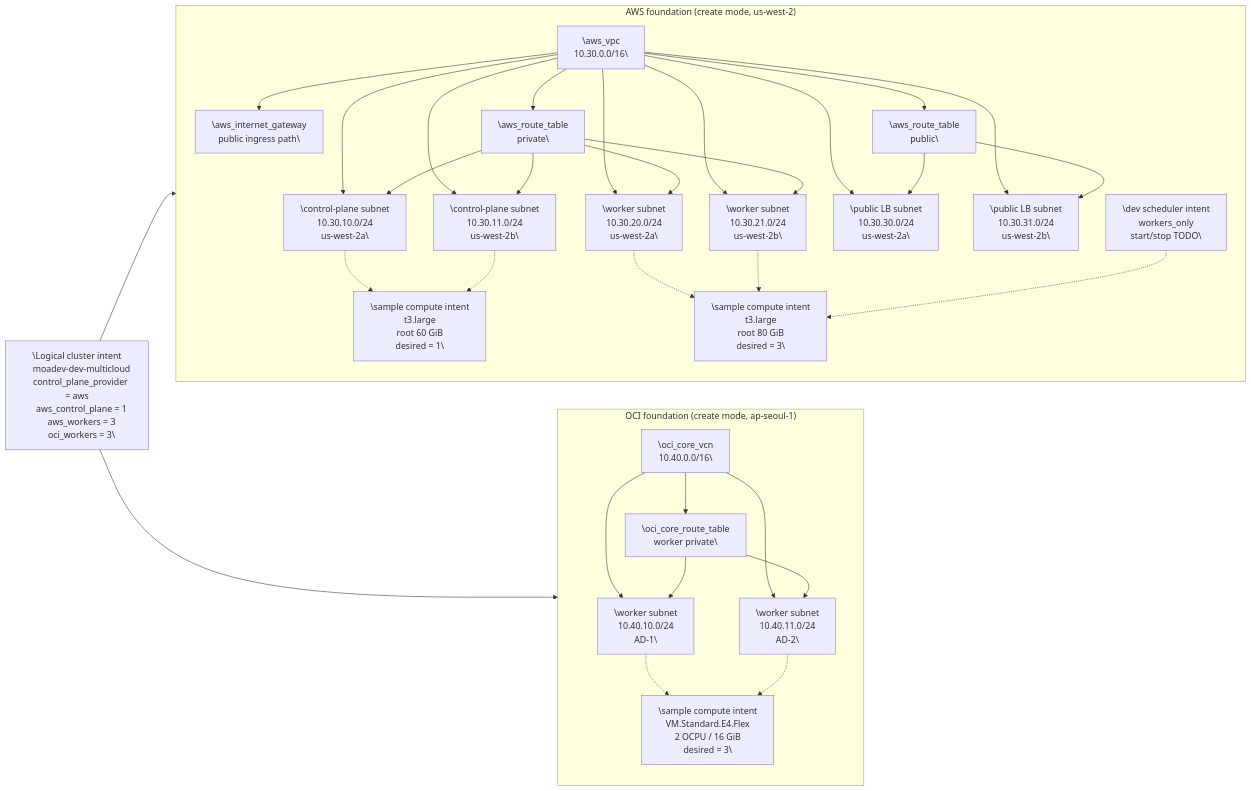
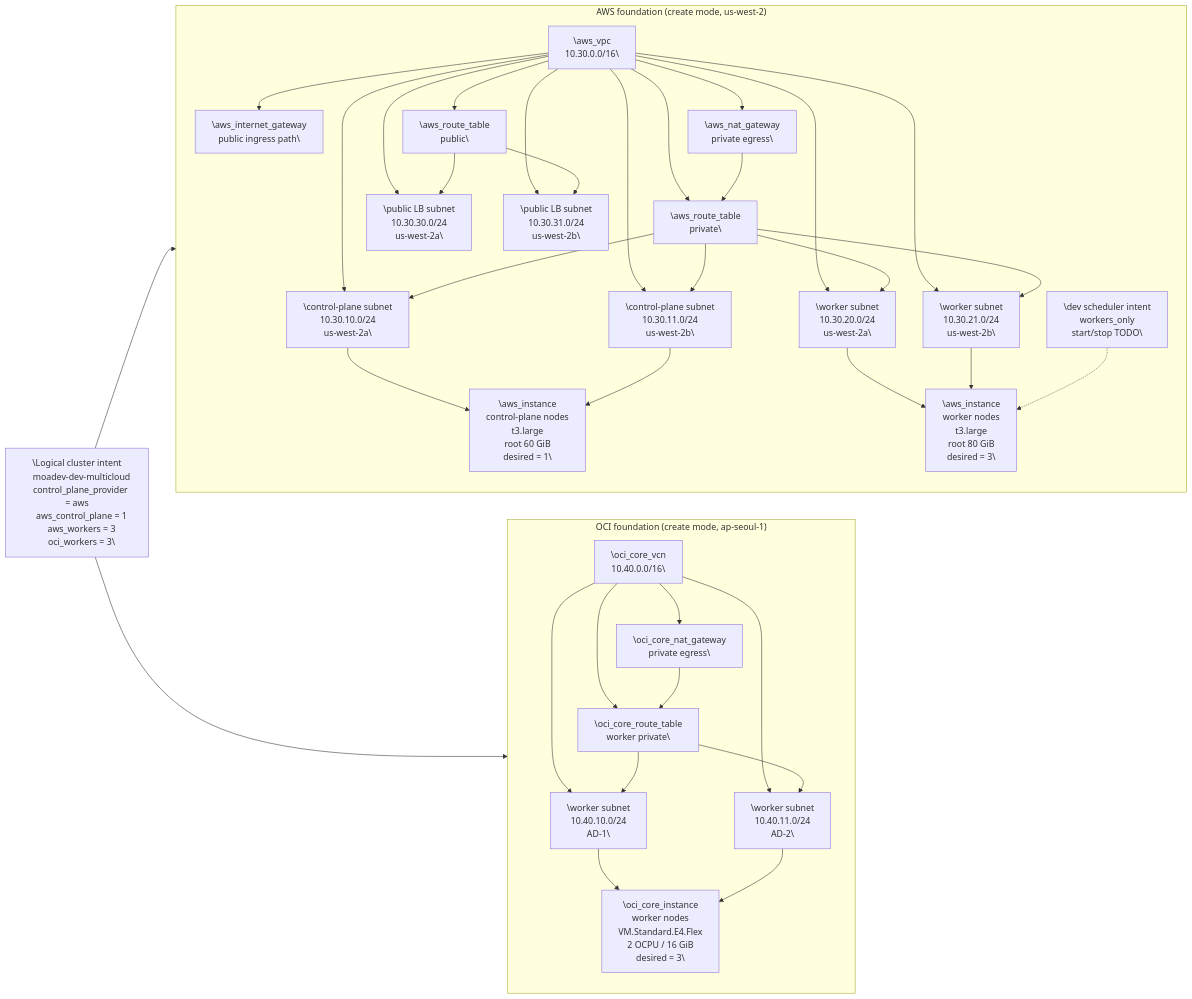
The diagram in docs/platform-topology.md (dpwns523/MoaDev), drawn with Mermaid before and after one commit. The commit also changed other lines of this file and 17 other files, not shown here.

```diff
--- a/docs/platform-topology.md
+++ b/docs/platform-topology.md
@@ -57,6 +57,8 @@
         10.30.0.0/16\""]
         aws_igw["\"aws_internet_gateway
         public ingress path\""]
+        aws_nat["\"aws_nat_gateway
+        private egress\""]
         aws_private_rt["\"aws_route_table
         private\""]
         aws_public_rt["\"aws_route_table
@@ -79,11 +81,13 @@
         aws_lb_b["\"public LB subnet
         10.30.31.0/24
         us-west-2b\""]
-        aws_cp_vm["\"sample compute intent
+        aws_cp_vm["\"aws_instance
+        control-plane nodes
         t3.large
         root 60 GiB
         desired = 1\""]
-        aws_worker_vm["\"sample compute intent
+        aws_worker_vm["\"aws_instance
+        worker nodes
         t3.large
         root 80 GiB
         desired = 3\""]
@@ -92,6 +96,7 @@
         start/stop TODO\""]
 
         aws_vpc --> aws_igw
+        aws_vpc --> aws_nat
         aws_vpc --> aws_private_rt
         aws_vpc --> aws_public_rt
         aws_vpc --> aws_cp_a
@@ -106,16 +111,19 @@
         aws_private_rt --> aws_worker_b
         aws_public_rt --> aws_lb_a
         aws_public_rt --> aws_lb_b
-        aws_cp_a -.-> aws_cp_vm
-        aws_cp_b -.-> aws_cp_vm
-        aws_worker_a -.-> aws_worker_vm
-        aws_worker_b -.-> aws_worker_vm
+        aws_nat --> aws_private_rt
+        aws_cp_a --> aws_cp_vm
+        aws_cp_b --> aws_cp_vm
+        aws_worker_a --> aws_worker_vm
+        aws_worker_b --> aws_worker_vm
         aws_sched -.-> aws_worker_vm
     end
 
     subgraph OCI["OCI foundation (create mode, ap-seoul-1)"]
         oci_vcn["\"oci_core_vcn
         10.40.0.0/16\""]
+        oci_nat["\"oci_core_nat_gateway
+        private egress\""]
         oci_rt["\"oci_core_route_table
         worker private\""]
         oci_worker_a["\"worker subnet
@@ -124,18 +132,21 @@
         oci_worker_b["\"worker subnet
         10.40.11.0/24
         AD-2\""]
-        oci_worker_vm["\"sample compute intent
+        oci_worker_vm["\"oci_core_instance
+        worker nodes
         VM.Standard.E4.Flex
         2 OCPU / 16 GiB
         desired = 3\""]
 
         oci_vcn --> oci_rt
+        oci_vcn --> oci_nat
         oci_vcn --> oci_worker_a
         oci_vcn --> oci_worker_b
+        oci_nat --> oci_rt
         oci_rt --> oci_worker_a
         oci_rt --> oci_worker_b
-        oci_worker_a -.-> oci_worker_vm
-        oci_worker_b -.-> oci_worker_vm
+        oci_worker_a --> oci_worker_vm
+        oci_worker_b --> oci_worker_vm
     end
 
     cluster --> AWS
```
